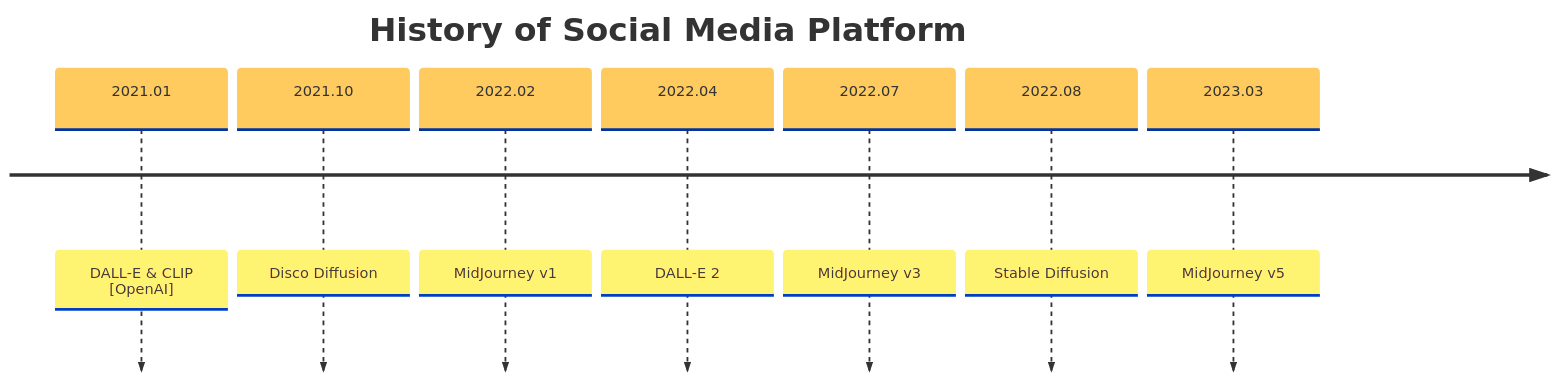
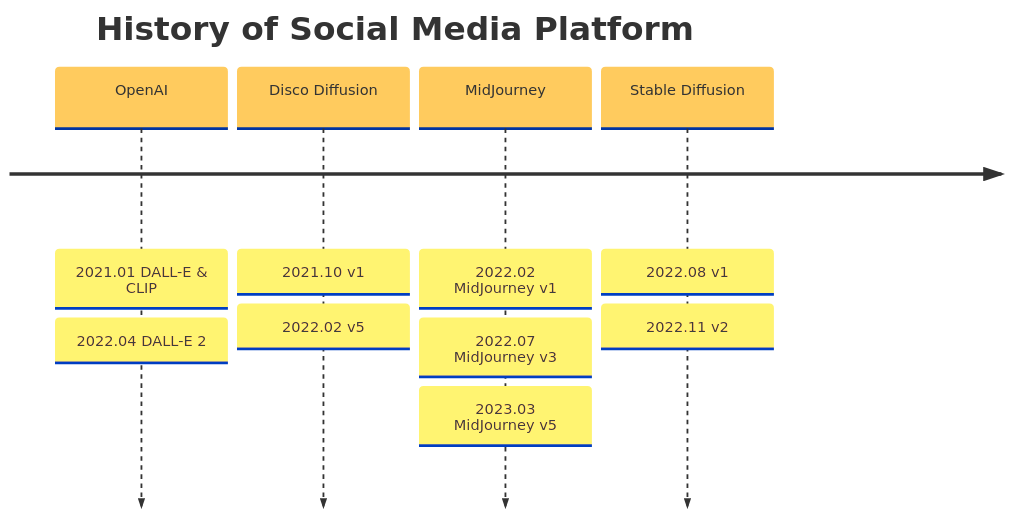
One commit to junxnone/aiwiki changed the second of 2 diagrams in docs/0374_Hot_AIGC.md. Above: the diagram before and after it, drawn with Mermaid. The commit also changed other lines of this file, not shown here.

Commit message:
Add new comment

````diff
--- a/docs/0374_Hot_AIGC.md
+++ b/docs/0374_Hot_AIGC.md
@@ -43,12 +43,15 @@
 ```mermaid
    %%{init: { 'logLevel': 'debug', 'theme': 'base', 'timeline': {'disableMulticolor': true}}}%%
     timeline
         title History of Social Media Platform
-          2021.01 : DALL-E & CLIP<br>[OpenAI]
-          2021.10 : Disco Diffusion
-          2022.02 : MidJourney v1
-          2022.04 : DALL-E 2
-          2022.07 : MidJourney v3
-          2022.08 : Stable Diffusion
-          2023.03 : MidJourney v5
+            OpenAI  :  2021.01 DALL-E & CLIP 
+                    : 2022.04 DALL-E 2
+            Disco Diffusion : 2021.10 v1 
+                            : 2022.02 v5
+            MidJourney  : 2022.02 MidJourney v1 
+                        : 2022.07 MidJourney v3
+                        : 2023.03  MidJourney v5
+            Stable Diffusion    : 2022.08 v1 
+                                : 2022.11 v2      
+        
 ```
````
